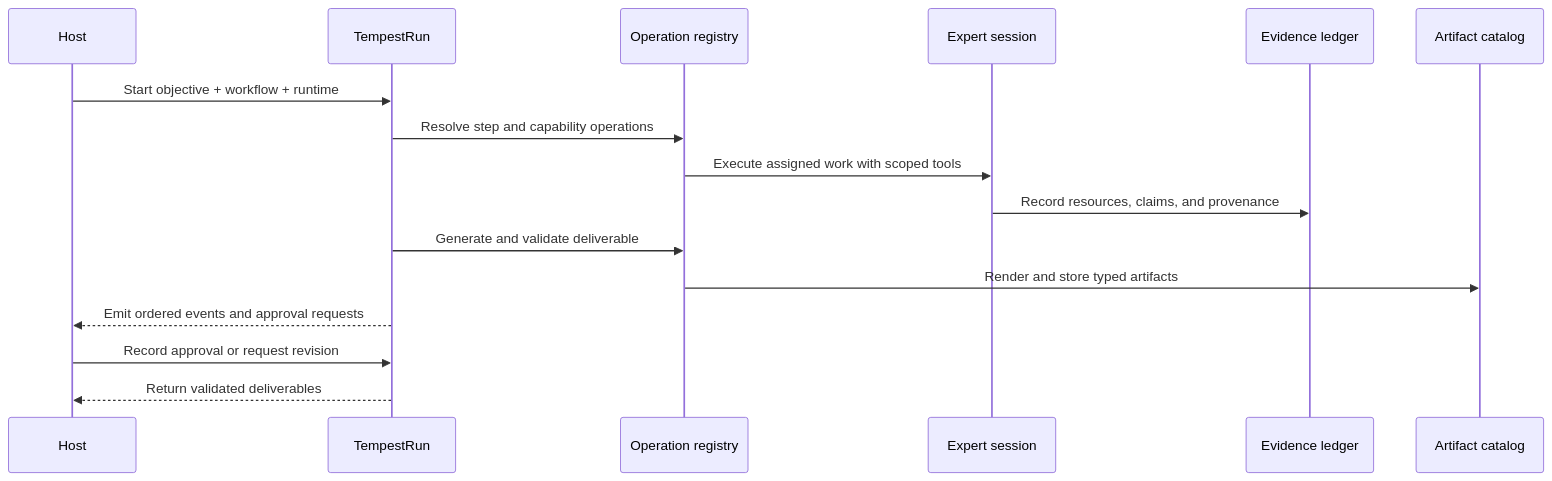
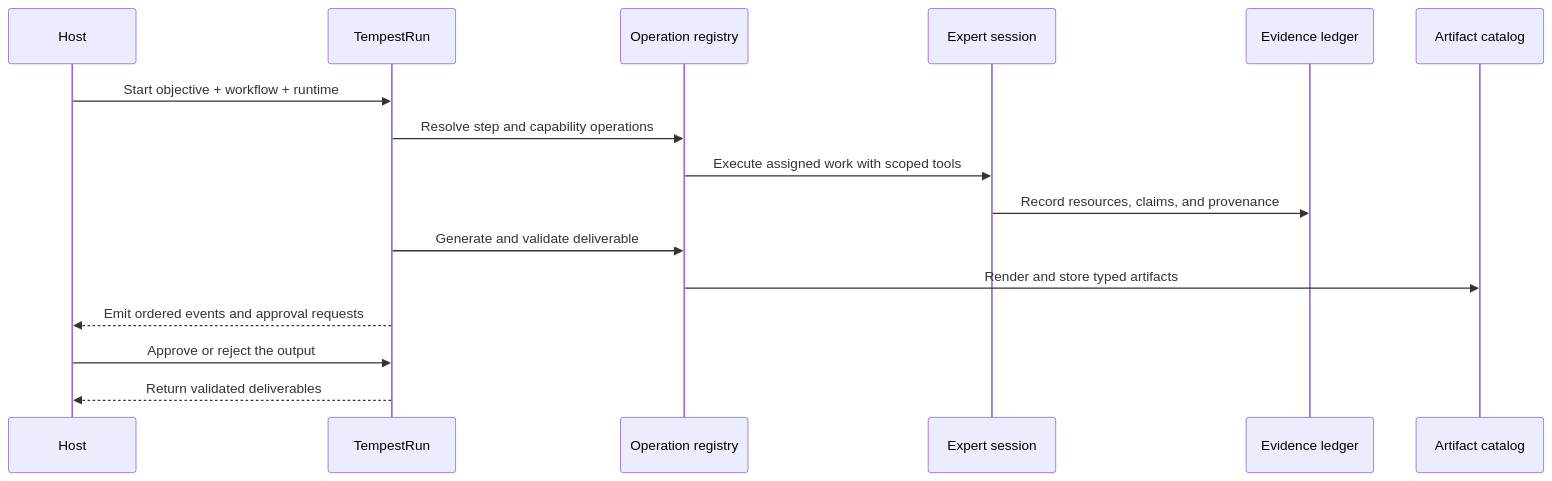
The second of 2 diagrams in dev/specs/2026-07-18-reusable-tempest-workflows.md (JamesHWade/tempest), drawn with Mermaid before and after one commit. The commit also changed other lines of this file and 122 other files, not shown here.

````diff
--- a/dev/specs/2026-07-18-reusable-tempest-workflows.md
+++ b/dev/specs/2026-07-18-reusable-tempest-workflows.md
@@ -433,19 +433,19 @@
 ```mermaid
 sequenceDiagram
     participant H as Host
     participant R as TempestRun
     participant O as Operation registry
     participant E as Expert session
     participant L as Evidence ledger
     participant A as Artifact catalog
 
     H->>R: Start objective + workflow + runtime
     R->>O: Resolve step and capability operations
     O->>E: Execute assigned work with scoped tools
     E->>L: Record resources, claims, and provenance
     R->>O: Generate and validate deliverable
     O->>A: Render and store typed artifacts
     R-->>H: Emit ordered events and approval requests
-    H->>R: Record approval or request revision
+    H->>R: Approve or reject the output
     R-->>H: Return validated deliverables
 ```
````
